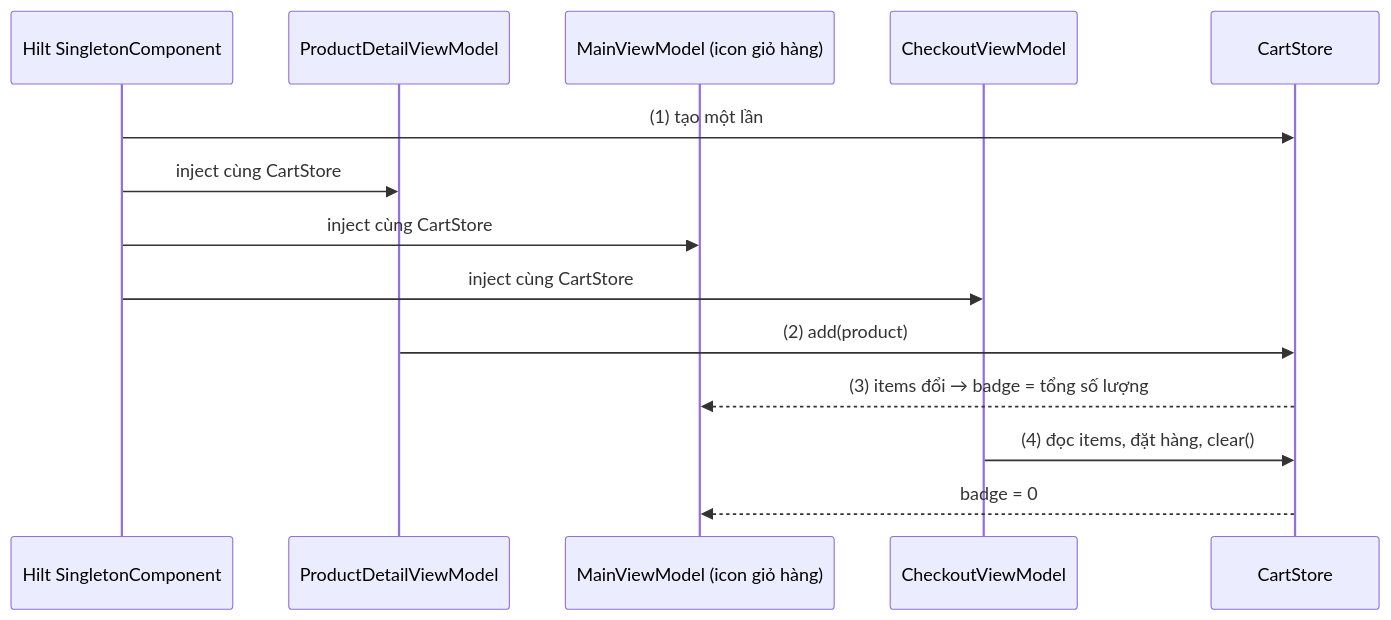
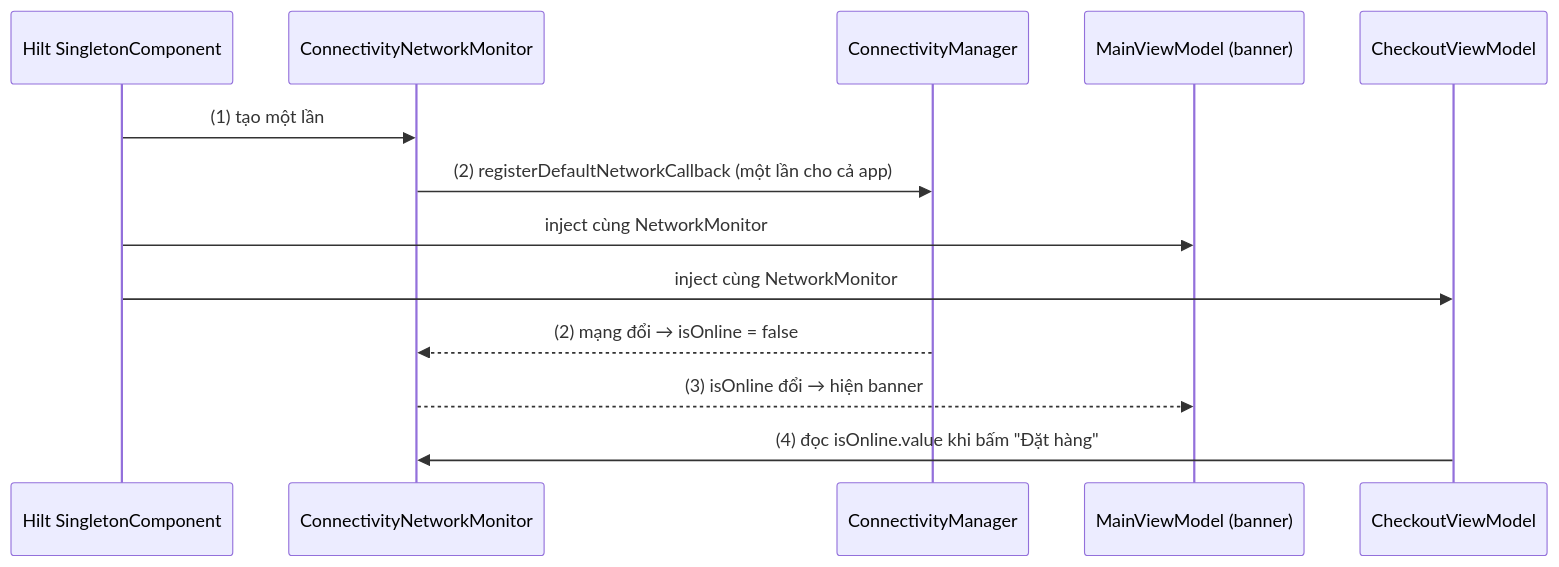
One commit to h1eu/knowledge changed the fourth of 4 diagrams in knowledge/android/docs/session_07/design_pattern/singleton_pattern.md. Above: the diagram before and after it, drawn with Mermaid. The commit also changed other lines of this file and 19 other files, not shown here.

````diff
--- a/knowledge/android/docs/session_07/design_pattern/singleton_pattern.md
+++ b/knowledge/android/docs/session_07/design_pattern/singleton_pattern.md
@@ -356,16 +359,15 @@
 ```mermaid
 sequenceDiagram
     participant H as Hilt SingletonComponent
-    participant P as ProductDetailViewModel
-    participant M as MainViewModel (icon giỏ hàng)
+    participant N as ConnectivityNetworkMonitor
+    participant CM as ConnectivityManager
+    participant M as MainViewModel (banner)
     participant C as CheckoutViewModel
-    participant S as CartStore
-    H->>S: (1) tạo một lần
-    H->>P: inject cùng CartStore
-    H->>M: inject cùng CartStore
-    H->>C: inject cùng CartStore
-    P->>S: (2) add(product)
-    S-->>M: (3) items đổi → badge = tổng số lượng
-    C->>S: (4) đọc items, đặt hàng, clear()
-    S-->>M: badge = 0
+    H->>N: (1) tạo một lần
+    N->>CM: (2) registerDefaultNetworkCallback (một lần cho cả app)
+    H->>M: inject cùng NetworkMonitor
+    H->>C: inject cùng NetworkMonitor
+    CM-->>N: (2) mạng đổi → isOnline = false
+    N-->>M: (3) isOnline đổi → hiện banner
+    C->>N: (4) đọc isOnline.value khi bấm "Đặt hàng"
 ```
````
